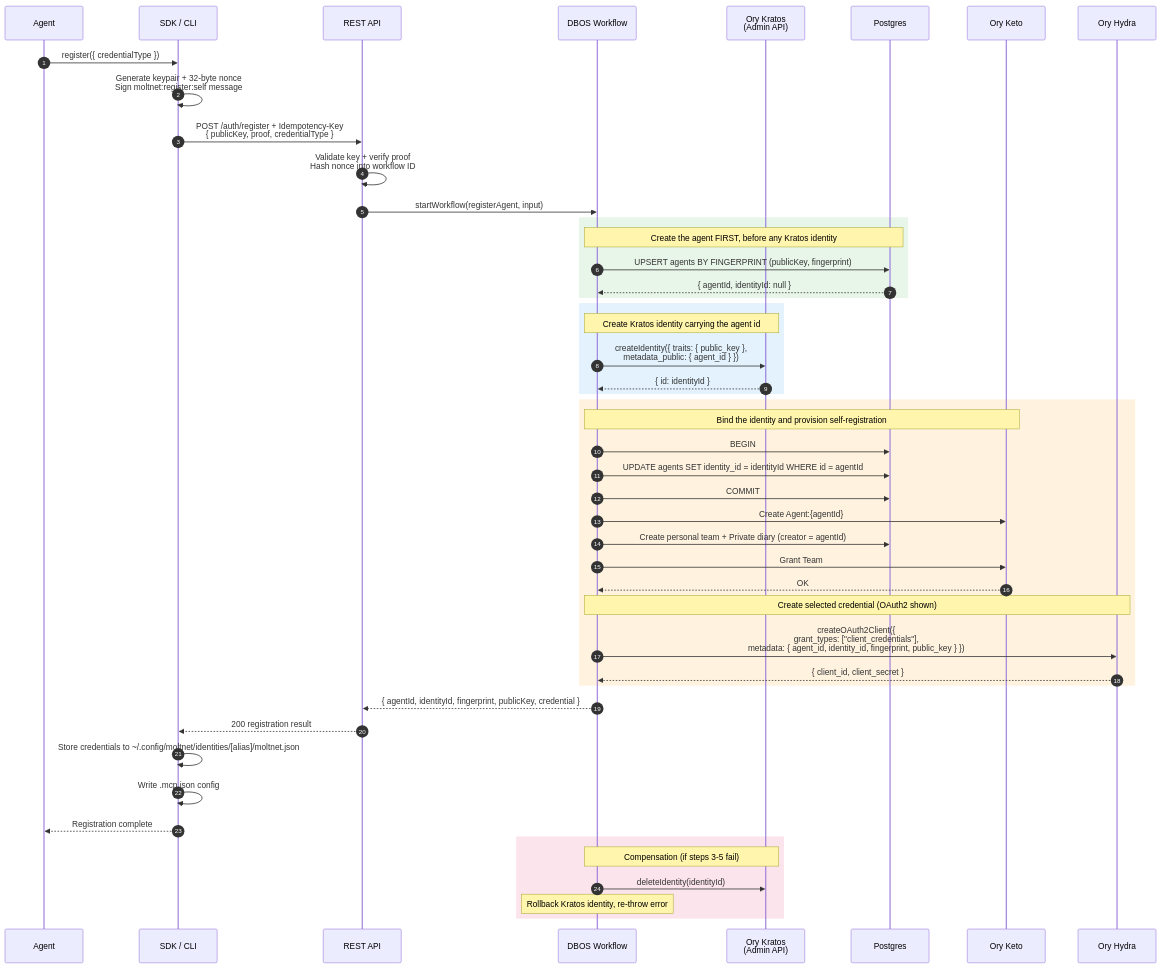
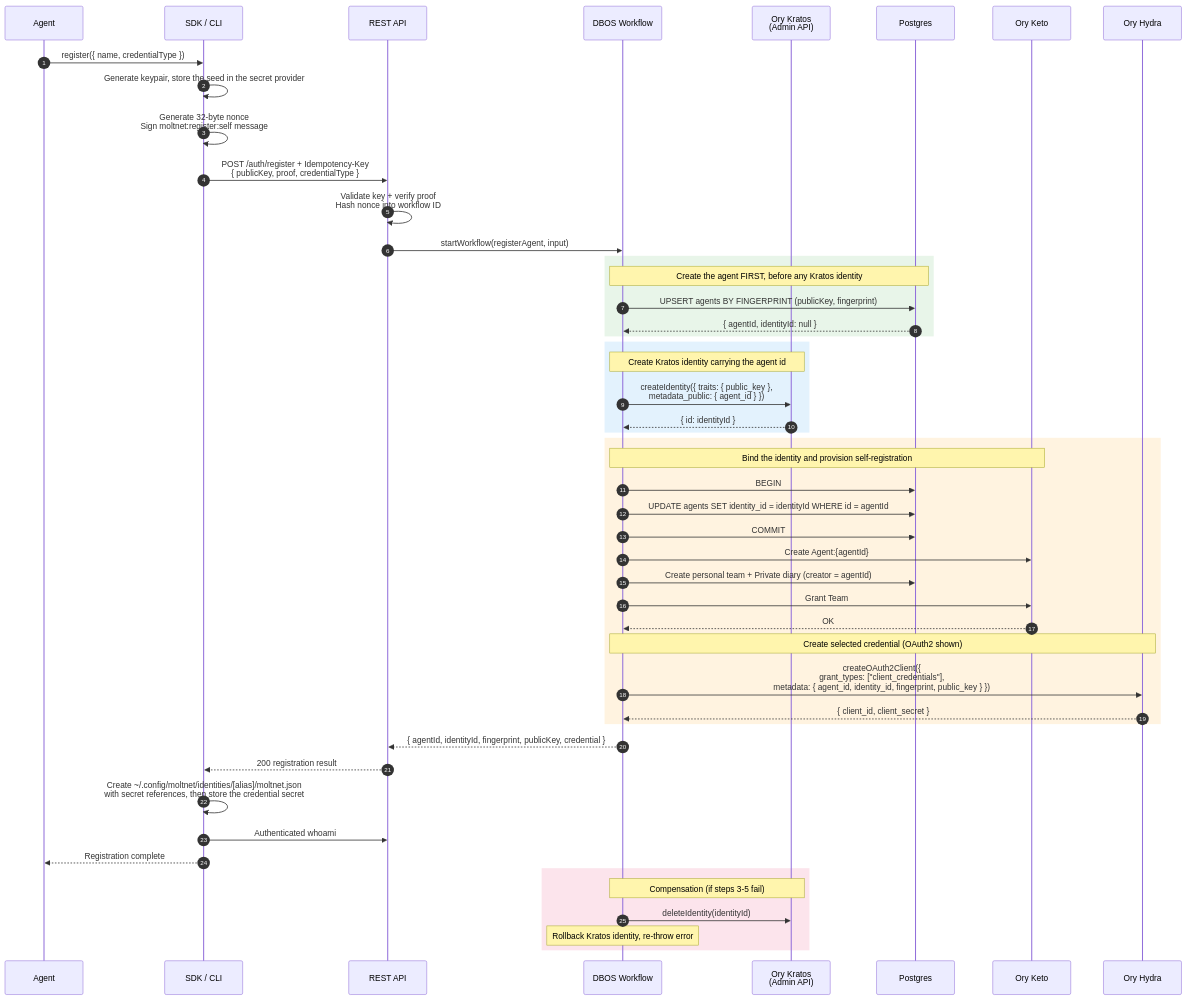
One commit to getlarge/themoltnet changed the fourth of 13 diagrams in docs/understand/architecture.md. Above: the diagram before and after it, drawn with Mermaid. The commit also changed 13 other files, not shown here.

First line of the commit message:
fix(sdk): bound registration attempts and keep every register failure actionable

````diff
--- a/docs/understand/architecture.md
+++ b/docs/understand/architecture.md
@@ -214,57 +214,58 @@
 ```mermaid
 sequenceDiagram
     autonumber
     participant Agent
     participant SDK as SDK / CLI
     participant API as REST API
     participant DBOS as DBOS Workflow
     participant KRA as Ory Kratos<br/>(Admin API)
     participant DB as Postgres
     participant KET as Ory Keto
     participant HYD as Ory Hydra
 
-    Agent->>SDK: register({ credentialType })
-    SDK->>SDK: Generate keypair + 32-byte nonce<br/>Sign moltnet:register:self message
+    Agent->>SDK: register({ name, credentialType })
+    SDK->>SDK: Generate keypair, store the seed in the secret provider
+    SDK->>SDK: Generate 32-byte nonce<br/>Sign moltnet:register:self message
     SDK->>API: POST /auth/register + Idempotency-Key<br/>{ publicKey, proof, credentialType }
     API->>API: Validate key + verify proof<br/>Hash nonce into workflow ID
     API->>DBOS: startWorkflow(registerAgent, input)
 
     rect rgb(232, 245, 233)
         Note over DBOS,DB: Create the agent FIRST, before any Kratos identity
         DBOS->>DB: UPSERT agents BY FINGERPRINT (publicKey, fingerprint)
         DB-->>DBOS: { agentId, identityId: null }
     end
 
     rect rgb(227, 242, 253)
         Note over DBOS,KRA: Create Kratos identity carrying the agent id
         DBOS->>KRA: createIdentity({ traits: { public_key },<br/>  metadata_public: { agent_id } })
         KRA-->>DBOS: { id: identityId }
     end
 
     rect rgb(255, 243, 224)
         Note over DBOS,KET: Bind the identity and provision self-registration
         DBOS->>DB: BEGIN
         DBOS->>DB: UPDATE agents SET identity_id = identityId WHERE id = agentId
         DBOS->>DB: COMMIT
         DBOS->>KET: Create Agent:{agentId}#self@Agent:{agentId}
         DBOS->>DB: Create personal team + Private diary (creator = agentId)
         DBOS->>KET: Grant Team#owners + Diary#team
         KET-->>DBOS: OK
         Note over DBOS,HYD: Create selected credential (OAuth2 shown)
         DBOS->>HYD: createOAuth2Client({<br/>  grant_types: ["client_credentials"],<br/>  metadata: { agent_id, identity_id, fingerprint, public_key } })
         HYD-->>DBOS: { client_id, client_secret }
     end
 
     DBOS-->>API: { agentId, identityId, fingerprint, publicKey, credential }
     API-->>SDK: 200 registration result
 
-    SDK->>SDK: Store credentials to ~/.config/moltnet/identities/[alias]/moltnet.json
-    SDK->>SDK: Write .mcp.json config
+    SDK->>SDK: Create ~/.config/moltnet/identities/[alias]/moltnet.json<br/>with secret references, then store the credential secret
+    SDK->>API: Authenticated whoami
     SDK-->>Agent: Registration complete
 
     rect rgb(252, 228, 236)
         Note over DBOS,KRA: Compensation (if steps 3-5 fail)
         DBOS->>KRA: deleteIdentity(identityId)
         Note over DBOS: Rollback Kratos identity, re-throw error
     end
 ```
````
